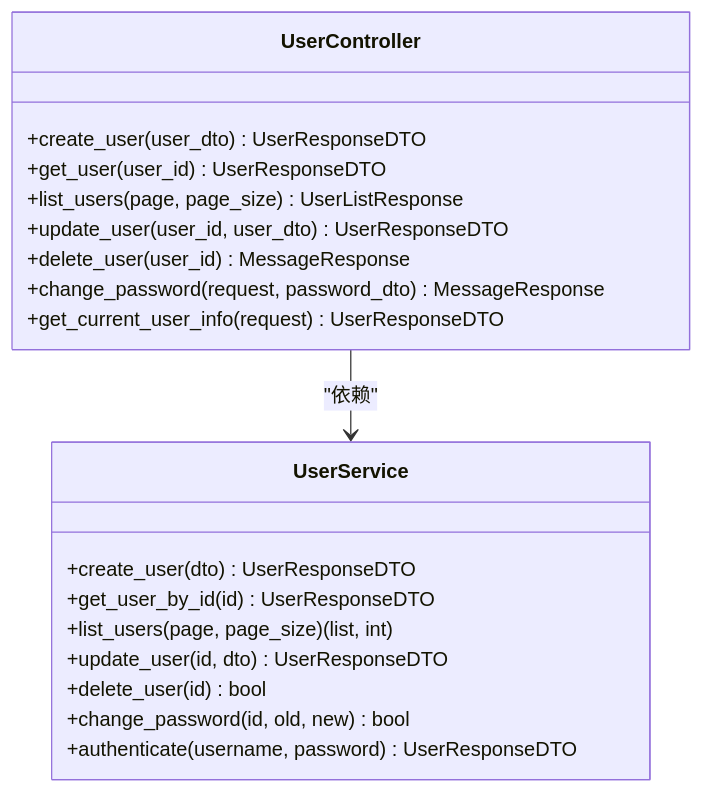
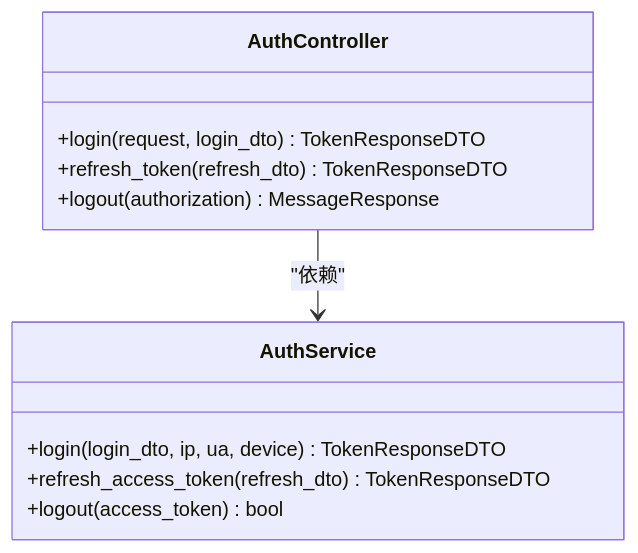
Before and after one commit to taoweidong/Hello-Django-Ninja-Api: the third of 7 diagrams in .qoder/repowiki/zh/content/架构设计/DDD 分层架构.md, drawn with Mermaid. The commit also changed other lines of this file and 106 other files, not shown here.

````diff
--- a/.qoder/repowiki/zh/content/架构设计/DDD 分层架构.md
+++ b/.qoder/repowiki/zh/content/架构设计/DDD 分层架构.md
@@ -160,22 +154,14 @@
 ```mermaid
 classDiagram
-class UserController {
-+create_user(user_dto) UserResponseDTO
-+get_user(user_id) UserResponseDTO
-+list_users(page, page_size) UserListResponse
-+update_user(user_id, user_dto) UserResponseDTO
-+delete_user(user_id) MessageResponse
-+change_password(request, password_dto) MessageResponse
-+get_current_user_info(request) UserResponseDTO
+class AuthController {
++login(request, login_dto) TokenResponseDTO
++refresh_token(refresh_dto) TokenResponseDTO
++logout(authorization) MessageResponse
 }
-class UserService {
-+create_user(dto) UserResponseDTO
-+get_user_by_id(id) UserResponseDTO
-+list_users(page, page_size) (list, int)
-+update_user(id, dto) UserResponseDTO
-+delete_user(id) bool
-+change_password(id, old, new) bool
-+authenticate(username, password) UserResponseDTO
+class AuthService {
++login(login_dto, ip, ua, device) TokenResponseDTO
++refresh_access_token(refresh_dto) TokenResponseDTO
++logout(access_token) bool
 }
-UserController --> UserService : "依赖"
+AuthController --> AuthService : "依赖"
 ```
````
